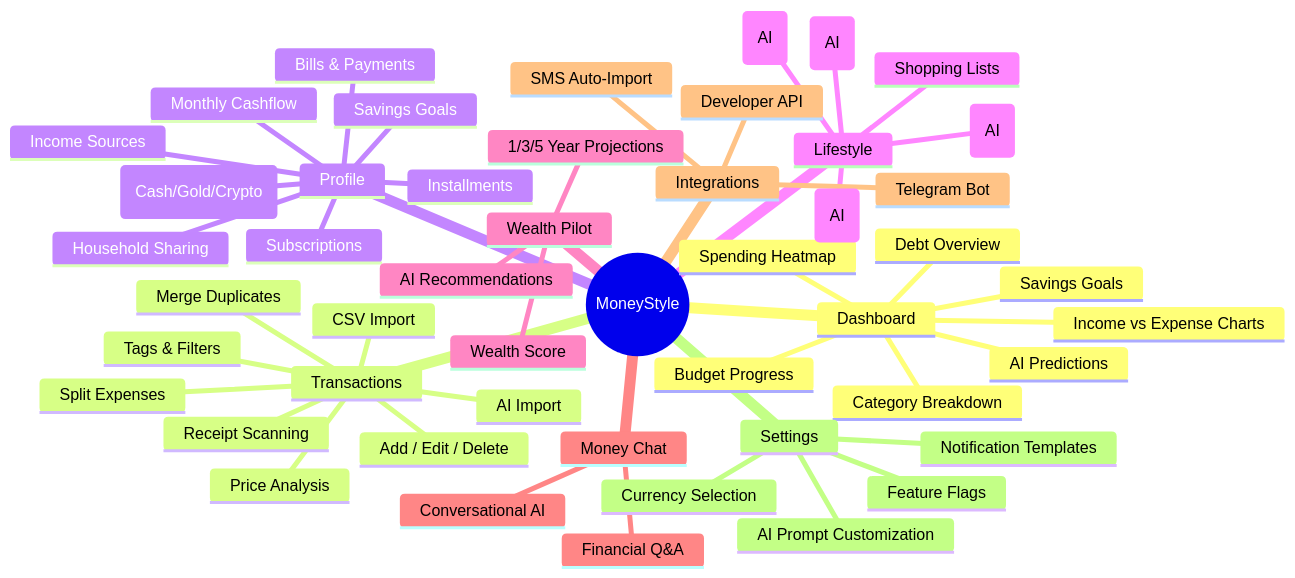
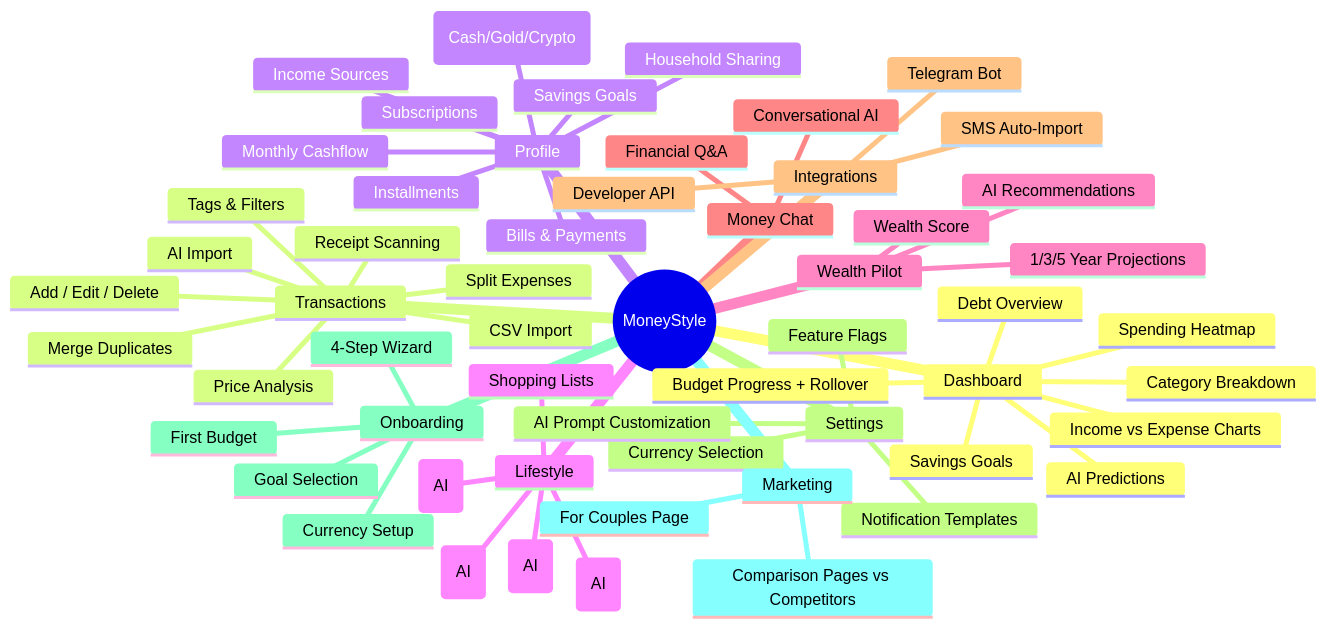
Before and after one commit to sinaghadrico/moneystyle: diagram 11 of 27 in docs/PROJECT_DOCUMENTATION.md, drawn with Mermaid. The commit also changed other lines of this file and 16 other files, not shown here.

First line of the commit message:
feat(budget): enhance budgeting and onboarding

````diff
--- a/docs/PROJECT_DOCUMENTATION.md
+++ b/docs/PROJECT_DOCUMENTATION.md
@@ -633,52 +647,60 @@
 ```mermaid
 mindmap
   root((MoneyStyle))
     Dashboard
       Income vs Expense Charts
       Spending Heatmap
       Category Breakdown
-      Budget Progress
+      Budget Progress + Rollover
       Savings Goals
       Debt Overview
       AI Predictions
     Transactions
       Add / Edit / Delete
       Split Expenses
       Receipt Scanning
       CSV Import
       AI Import
       Merge Duplicates
       Tags & Filters
       Price Analysis
     Profile
       Income Sources
       Monthly Cashflow
       Bills & Payments
       Installments
       Subscriptions
       Savings Goals
       Reserves (Cash/Gold/Crypto)
       Household Sharing
     Lifestyle
       Weekend Planner (AI)
       Meal Planner (AI)
       Shopping Lists
       Bill Negotiator (AI)
       Money Advice (AI)
     Wealth Pilot
       Wealth Score
       1/3/5 Year Projections
       AI Recommendations
     Money Chat
       Conversational AI
       Financial Q&A
     Integrations
       Telegram Bot
       SMS Auto-Import
       Developer API
     Settings
       Feature Flags
       Currency Selection
       Notification Templates
       AI Prompt Customization
+    Onboarding
+      4-Step Wizard
+      Goal Selection
+      Currency Setup
+      First Budget
+    Marketing
+      Comparison Pages vs Competitors
+      For Couples Page
 ```
````
